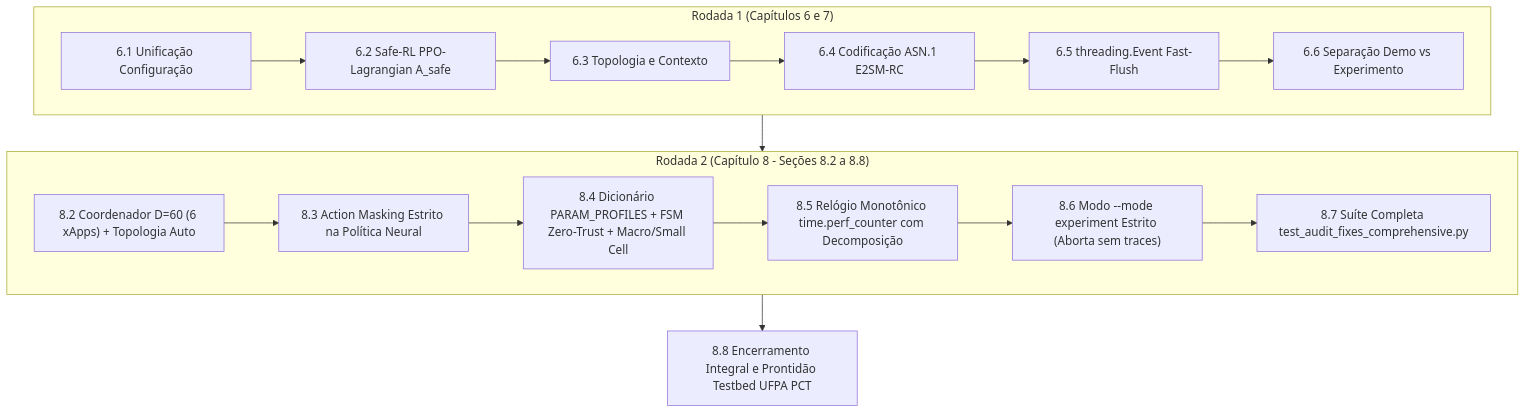
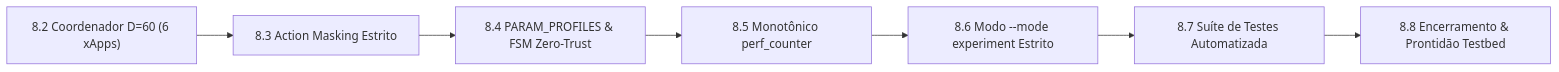
One commit to georgebarbosa3090/XApp-RDL-F2 changed the second of 4 diagrams in docs/16_plano_resolucao_desafios_capitulos_6_e_7.md. Above: the diagram before and after it, drawn with Mermaid. The commit also changed other lines of this file and 4 other files, not shown here.

Commit message:
docs: decouple architecture diagrams and fix all KaTeX/Markdown mathematical rendering errors

````diff
--- a/docs/16_plano_resolucao_desafios_capitulos_6_e_7.md
+++ b/docs/16_plano_resolucao_desafios_capitulos_6_e_7.md
@@ -19,21 +30,9 @@
 ```mermaid
-flowchart TD
-    subgraph R1["Rodada 1 (Capítulos 6 e 7)"]
-        A1["6.1 Unificação Configuração"] --> A2["6.2 Safe-RL PPO-Lagrangian A_safe"]
-        A2 --> A3["6.3 Topologia e Contexto"]
-        A3 --> A4["6.4 Codificação ASN.1 E2SM-RC"]
-        A4 --> A5["6.5 threading.Event Fast-Flush"]
-        A5 --> A6["6.6 Separação Demo vs Experimento"]
-    end
-
-    subgraph R2["Rodada 2 (Capítulo 8 - Seções 8.2 a 8.8)"]
-        B1["8.2 Coordenador D=60 (6 xApps) + Topologia Auto"] --> B2["8.3 Action Masking Estrito na Política Neural"]
-        B2 --> B3["8.4 Dicionário PARAM_PROFILES + FSM Zero-Trust + Macro/Small Cell"]
-        B3 --> B4["8.5 Relógio Monotônico time.perf_counter com Decomposição"]
-        B4 --> B5["8.6 Modo --mode experiment Estrito (Aborta sem traces)"]
-        B5 --> B6["8.7 Suíte Completa test_audit_fixes_comprehensive.py"]
-    end
-
-    R1 --> R2
-    R2 --> Ready["8.8 Encerramento Integral e Prontidão Testbed UFPA PCT"]
+flowchart LR
+    B1["8.2 Coordenador D=60 (6 xApps)"] --> B2["8.3 Action Masking Estrito"]
+    B2 --> B3["8.4 PARAM_PROFILES & FSM Zero-Trust"]
+    B3 --> B4["8.5 Monotônico perf_counter"]
+    B4 --> B5["8.6 Modo --mode experiment Estrito"]
+    B5 --> B6["8.7 Suíte de Testes Automatizada"]
+    B6 --> Ready["8.8 Encerramento & Prontidão Testbed"]
 ```
````
